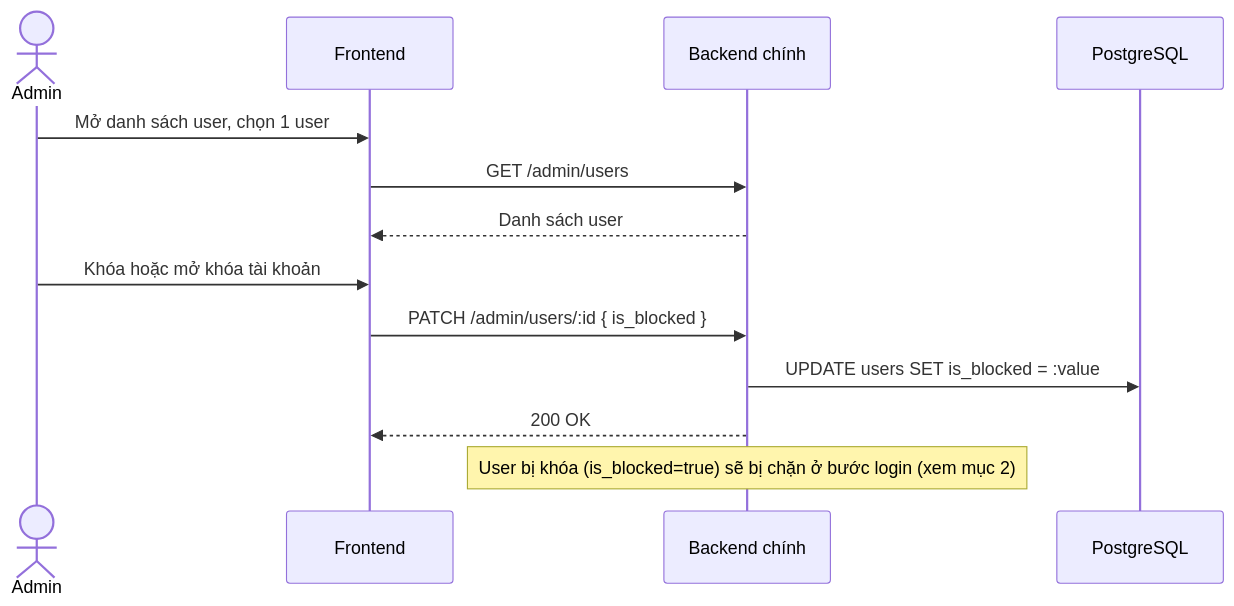
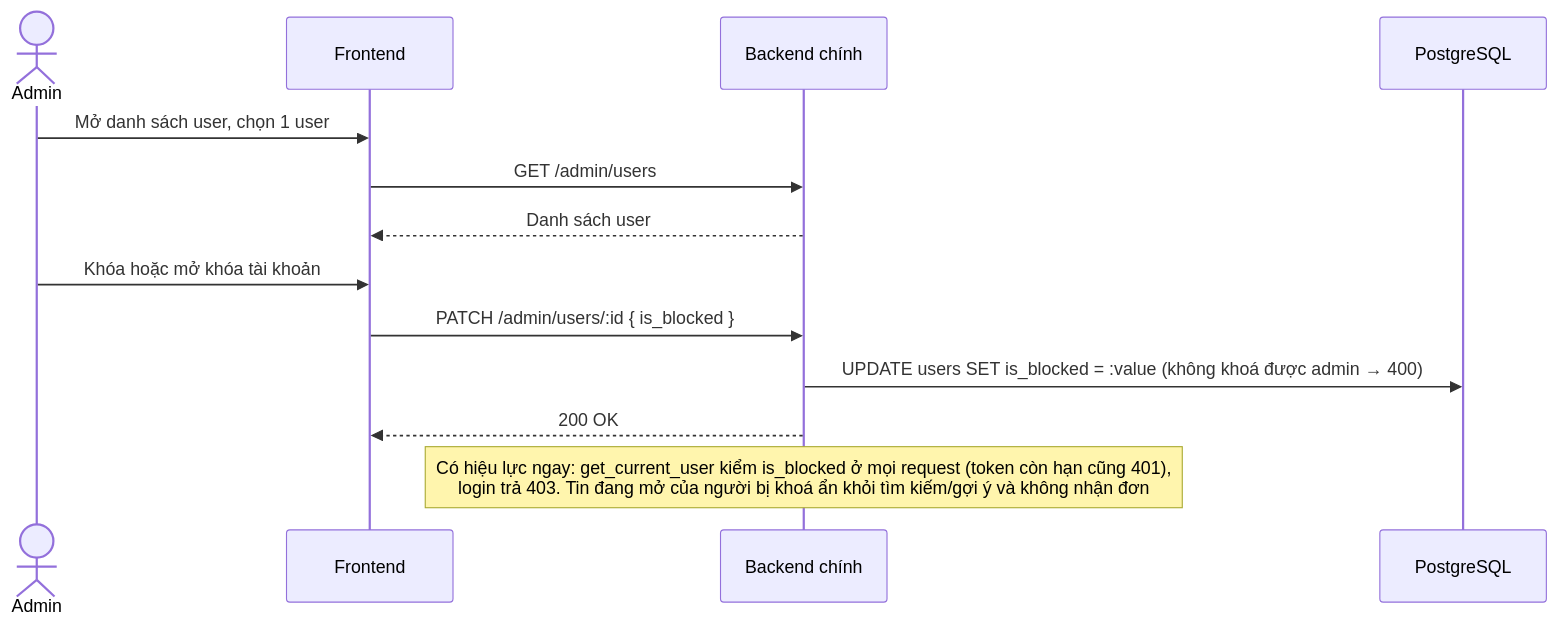
The tenth of 10 diagrams in docs/design/sequence-diagram.md (VanSyx/DATN_TimViecPartTime), drawn with Mermaid before and after one commit. The commit also changed other lines of this file and 20 other files, not shown here.

First line of the commit message:
feat(admin): quản trị viên gỡ/khôi phục tin, khoá/mở khoá tài khoản (FR10)

````diff
--- a/docs/design/sequence-diagram.md
+++ b/docs/design/sequence-diagram.md
@@ -281,17 +279,17 @@
 ```mermaid
 sequenceDiagram
     actor A as Admin
     participant FE as Frontend
     participant BE as Backend chính
     participant DB as PostgreSQL
 
     A->>FE: Mở danh sách user, chọn 1 user
     FE->>BE: GET /admin/users
     BE-->>FE: Danh sách user
 
     A->>FE: Khóa hoặc mở khóa tài khoản
     FE->>BE: PATCH /admin/users/:id { is_blocked }
-    BE->>DB: UPDATE users SET is_blocked = :value
+    BE->>DB: UPDATE users SET is_blocked = :value (không khoá được admin → 400)
     BE-->>FE: 200 OK
-    Note over BE: User bị khóa (is_blocked=true) sẽ bị chặn ở bước login (xem mục 2)
+    Note over BE: Có hiệu lực ngay: get_current_user kiểm is_blocked ở mọi request (token còn hạn cũng 401),<br/>login trả 403. Tin đang mở của người bị khoá ẩn khỏi tìm kiếm/gợi ý và không nhận đơn
 ```
````
